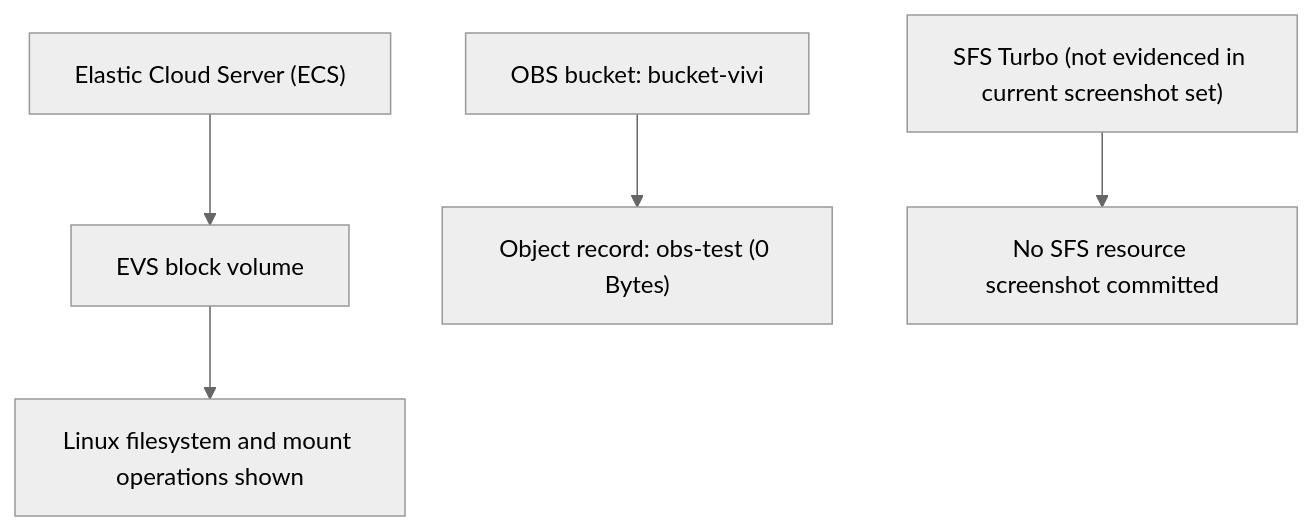
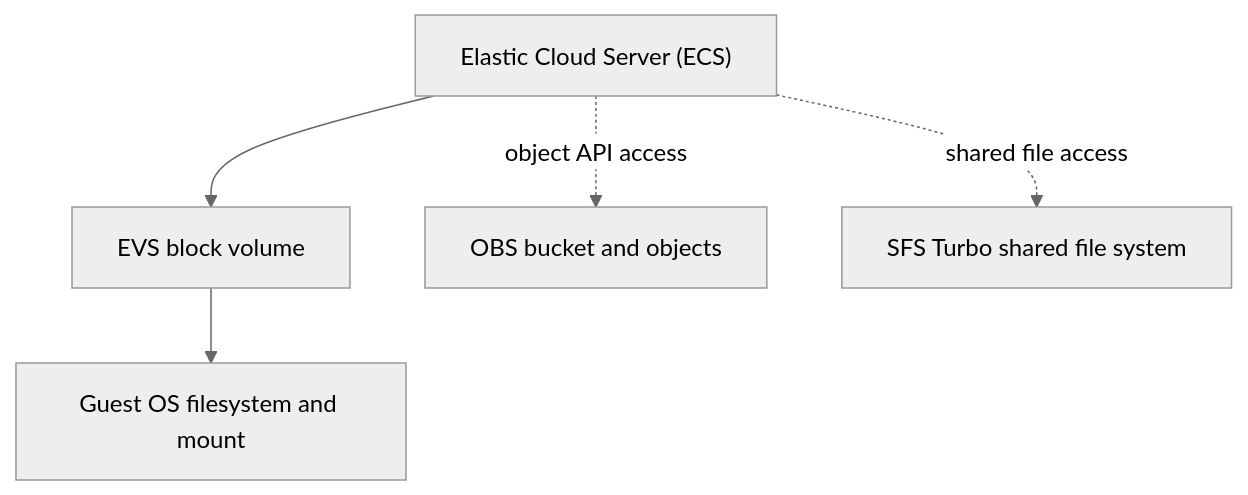
The diagram in huawei-cloud/04-storage-services/README.md (Pegasus-sudo/cloud-labs), drawn with Mermaid (neutral theme) before and after one commit. The commit also changed other lines of this file, not shown here.

````diff
--- a/huawei-cloud/04-storage-services/README.md
+++ b/huawei-cloud/04-storage-services/README.md
@@ -75,15 +85,11 @@
 ```mermaid
 flowchart TB
     ECS["Elastic Cloud Server (ECS)"]
     EVS["EVS block volume"]
-    LINUX["Linux filesystem and mount operations shown"]
-    OBS["OBS bucket: bucket-vivi"]
-    OBJECT["Object record: obs-test (0 Bytes)"]
-    SFS["SFS Turbo (not evidenced in current screenshot set)"]
-    STATUS["No SFS resource screenshot committed"]
-
-    ECS --> EVS
-    EVS --> LINUX
-    OBS --> OBJECT
-    SFS --> STATUS
+    FS["Guest OS filesystem and mount"]
+    OBS["OBS bucket and objects"]
+    SFS["SFS Turbo shared file system"]
+    ECS --> EVS --> FS
+    ECS -. "object API access" .-> OBS
+    ECS -. "shared file access" .-> SFS
 ```
````
